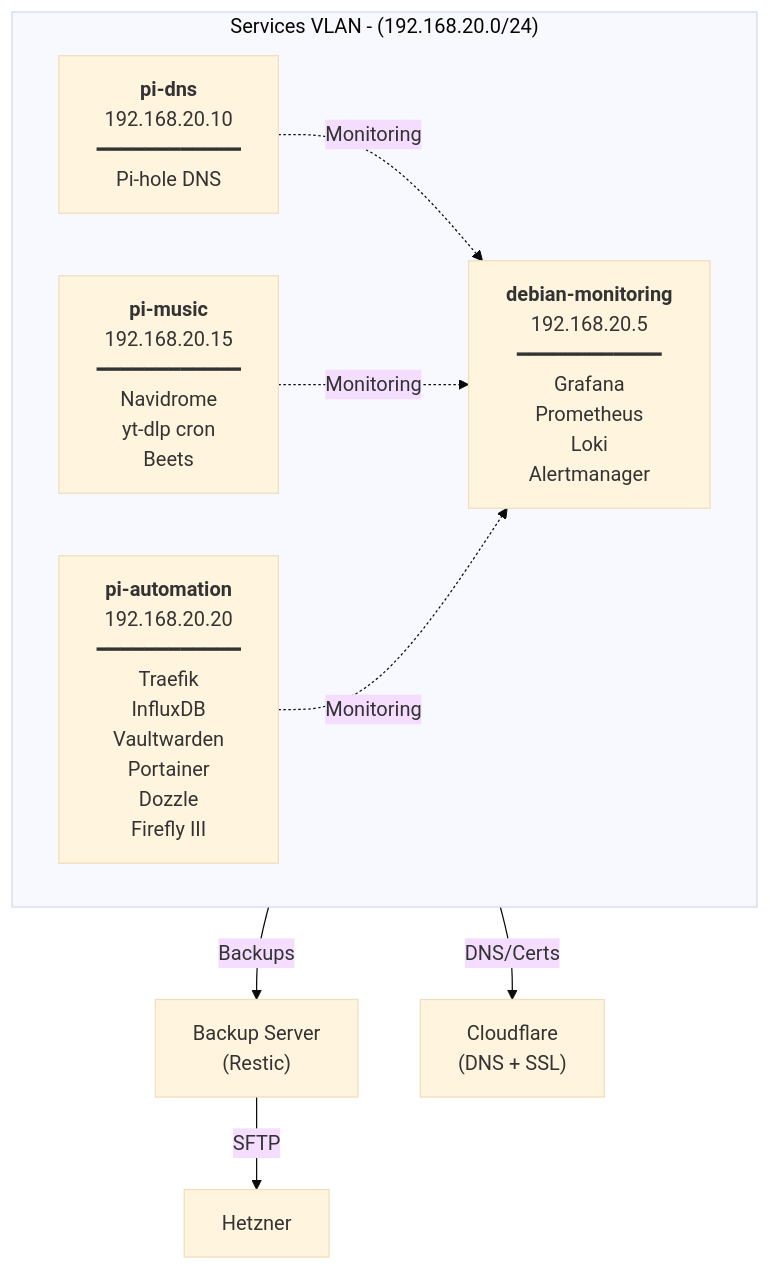
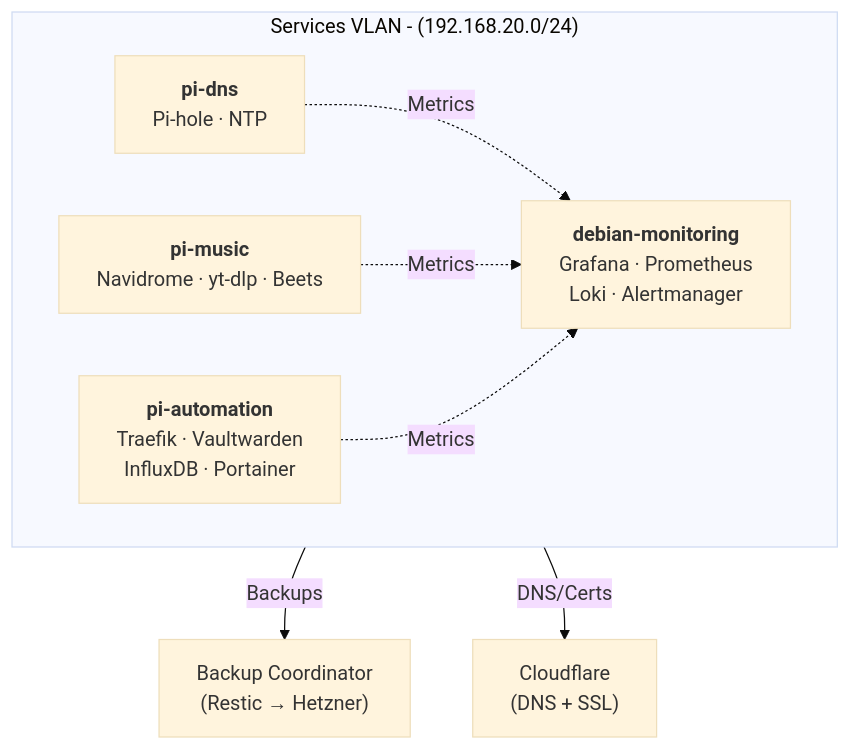
Before and after one commit to straightchlorine/cloud: the diagram in README.md, drawn with Mermaid (base theme). The commit also changed other lines of this file, not shown here.

````diff
--- a/README.md
+++ b/README.md
@@ -11,19 +13,18 @@
 ```mermaid
 graph TB
     subgraph VLAN["Services VLAN - (192.168.20.0/24)"]
         direction LR
-        dns["<b>pi-dns</b><br/>192.168.20.10<br/>━━━━━━━━━━━━<br/>Pi-hole DNS"]
-        music["<b>pi-music</b><br/>192.168.20.15<br/>━━━━━━━━━━━━<br/>Navidrome<br/>yt-dlp cron<br/>Beets"]
-        automation["<b>pi-automation</b><br/>192.168.20.20<br/>━━━━━━━━━━━━<br/>Traefik<br/>InfluxDB<br/>Vaultwarden<br/>Portainer<br/>Dozzle<br/>Firefly III"]
-        monitoring["<b>debian-monitoring</b><br/>192.168.20.5<br/>━━━━━━━━━━━━<br/>Grafana<br/>Prometheus<br/>Loki<br/>Alertmanager"]
+        dns["<b>pi-dns</b><br/>Pi-hole · NTP"]
+        music["<b>pi-music</b><br/>Navidrome · yt-dlp · Beets"]
+        automation["<b>pi-automation</b><br/>Traefik · Vaultwarden<br/>InfluxDB · Portainer"]
+        monitoring["<b>debian-monitoring</b><br/>Grafana · Prometheus<br/>Loki · Alertmanager"]
     end
-    backup["Backup Server<br/>(Restic)"]
+    backup["Backup Coordinator<br/>(Restic → Hetzner)"]
     cloudflare["Cloudflare<br/>(DNS + SSL)"]
 
     VLAN -->|Backups| backup
     VLAN -->|DNS/Certs| cloudflare
-    backup --> |SFTP| Hetzner
-    dns -.->|Monitoring| monitoring
-    music -.->|Monitoring| monitoring
-    automation -.->|Monitoring| monitoring
+    dns -.->|Metrics| monitoring
+    music -.->|Metrics| monitoring
+    automation -.->|Metrics| monitoring
 ```
````
